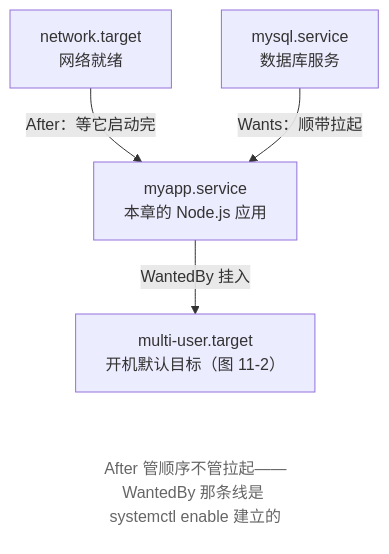
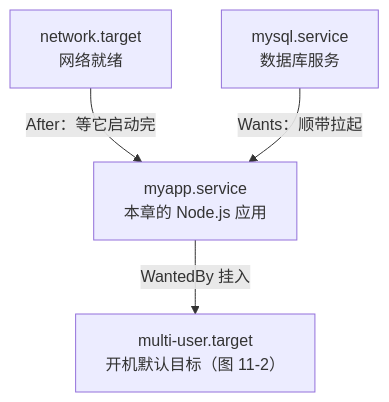
Before and after one commit to wangxiangnan/wangxiangnan.github.io: the third of 3 diagrams in src/linux-command/ch11.md, drawn with Mermaid. The commit also changed other lines of this file and 15 other files, not shown here.

````diff
--- a/src/linux-command/ch11.md
+++ b/src/linux-command/ch11.md
@@ -222,12 +219,6 @@
 ```mermaid
 flowchart TB
     NET["network.target<br>网络就绪"] -->|After：等它启动完| APP["myapp.service<br>本章的 Node.js 应用"]
     MYSQL["mysql.service<br>数据库服务"] -->|Wants：顺带拉起| APP
     APP -->|WantedBy 挂入| TGT["multi-user.target<br>开机默认目标（图 11-2）"]
-    N["After 管顺序不管拉起——WantedBy 那条线是 systemctl enable 建立的"]
-
-    TGT ~~~ N
-
-    classDef note fill:none,stroke:none,color:#666
-    class N note
 ```
````
